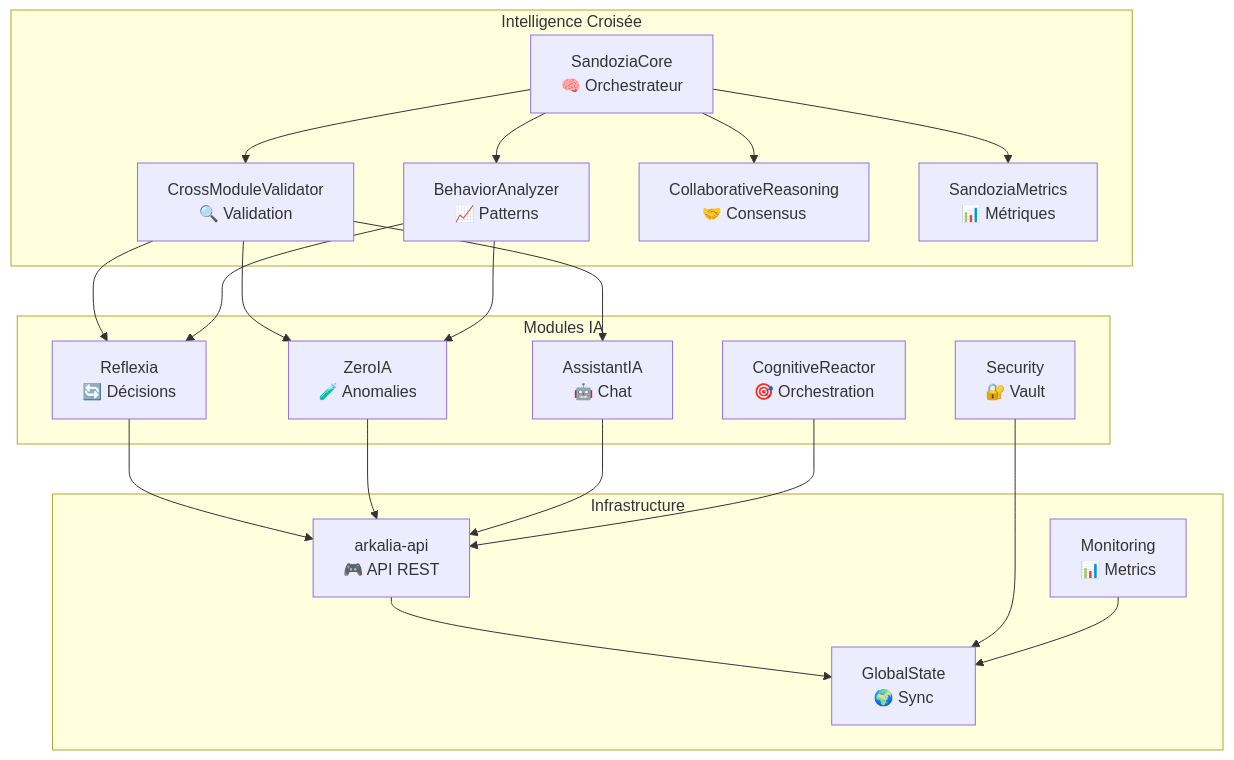
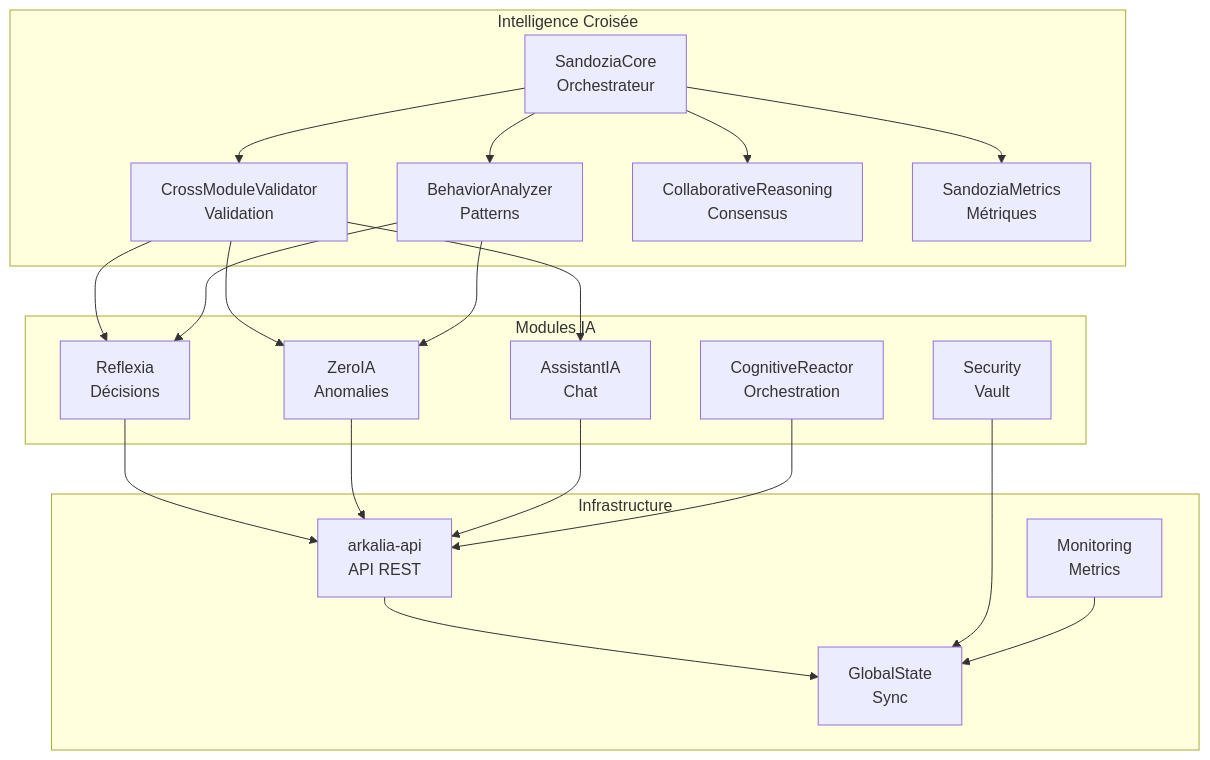
The diagram in docs/fonctionnement/structure.md (arkalia-luna-system/arkalia-luna-pro), drawn with Mermaid before and after one commit. The commit also changed other lines of this file and 108 other files, not shown here.

First line of the commit message:
fix: correction du test end2end zeroia reflexia api

````diff
--- a/docs/fonctionnement/structure.md
+++ b/docs/fonctionnement/structure.md
@@ -18,41 +17,41 @@
 ```mermaid
 graph TB
     subgraph "Intelligence Croisée"
-        SC[SandoziaCore\n🧠 Orchestrateur]
-        CMV[CrossModuleValidator\n🔍 Validation]
-        BA[BehaviorAnalyzer\n📈 Patterns]
-        CR[CollaborativeReasoning\n🤝 Consensus]
-        SM[SandoziaMetrics\n📊 Métriques]
+        SC[SandoziaCore<br/>Orchestrateur]
+        CMV[CrossModuleValidator<br/>Validation]
+        BA[BehaviorAnalyzer<br/>Patterns]
+        CR[CollaborativeReasoning<br/>Consensus]
+        SM[SandoziaMetrics<br/>Métriques]
     end
 
     subgraph "Modules IA"
-        R[Reflexia\n🔄 Décisions]
-        Z[ZeroIA\n🧪 Anomalies]
-        A[AssistantIA\n🤖 Chat]
-        COG[CognitiveReactor\n🎯 Orchestration]
-        SEC[Security\n🔐 Vault]
+        R[Reflexia<br/>Décisions]
+        Z[ZeroIA<br/>Anomalies]
+        A[AssistantIA<br/>Chat]
+        COG[CognitiveReactor<br/>Orchestration]
+        SEC[Security<br/>Vault]
     end
 
     subgraph "Infrastructure"
-        H[arkalia-api\n🎮 API REST]
-        MON[Monitoring\n📊 Metrics]
-        GS[GlobalState\n🌍 Sync]
+        H[arkalia-api<br/>API REST]
+        MON[Monitoring<br/>Metrics]
+        GS[GlobalState<br/>Sync]
     end
 
     SC --> CMV
     SC --> BA
     SC --> CR
     SC --> SM
     CMV --> R
     CMV --> Z
     CMV --> A
     BA --> R
     BA --> Z
     R --> H
     Z --> H
     A --> H
     COG --> H
     H --> GS
     SEC --> GS
     MON --> GS
 ```
````
